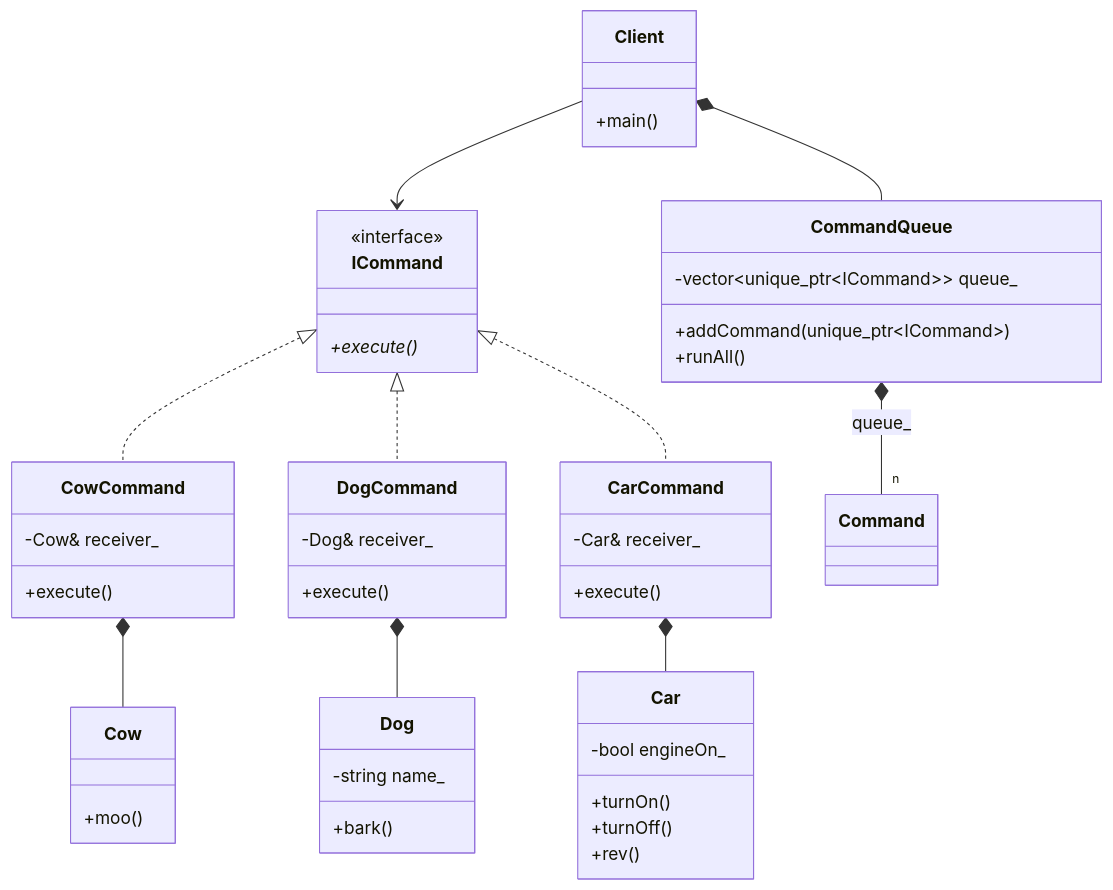
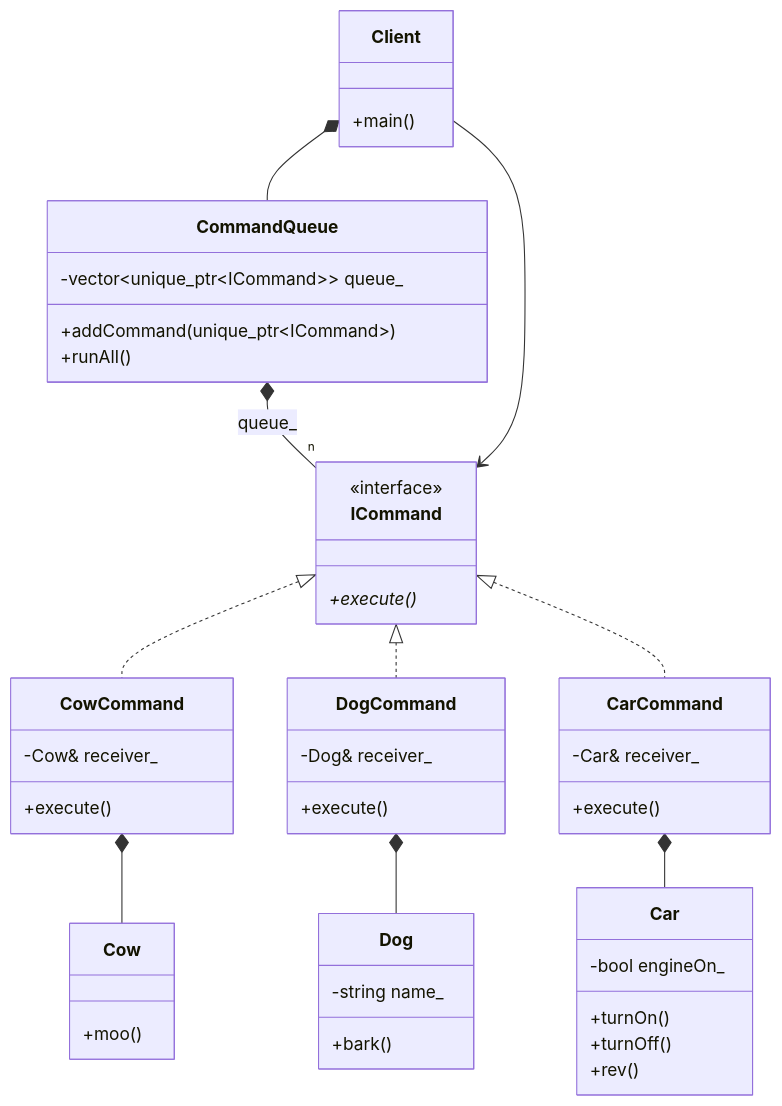
The diagram in 19_Command/01_Command_GoF/README.md (Cichlidfishexigency721/Modern-CPP-Design-Patterns), drawn with Mermaid before and after one commit. The commit also changed 1 other file, not shown here.

Commit message:
UML improvement

````diff
--- a/19_Command/01_Command_GoF/README.md
+++ b/19_Command/01_Command_GoF/README.md
@@ -22,66 +22,66 @@
 ```mermaid
 classDiagram
    class ICommand {
       <<interface>>
       +execute()*
    }
 
    class CowCommand {
       -Cow& receiver_
       +execute()
    }
 
    class DogCommand {
       -Dog& receiver_
       +execute()
    }
 
    class CarCommand {
       -Car& receiver_
       +execute()
    }
 
    class Cow {
       +moo()
    }
 
    class Dog {
       -string name_
       +bark()
    }
 
    class Car {
       -bool engineOn_
       +turnOn()
       +turnOff()
       +rev()
    }
 
    class CommandQueue {
       -vector~unique_ptr~ICommand~~ queue_
       +addCommand(unique_ptr~ICommand~)
       +runAll()
    }
 
    class Client {
       +main()
    }
 
    %% Inheritance (Implements)
    ICommand <|.. CowCommand
    ICommand <|.. DogCommand
    ICommand <|.. CarCommand
 
    %% The CommandQueue owns the commands
    %% Composition (Has_a) - Multiplicity "n" at the end
-   CommandQueue *-- "n" Command : queue_
+   CommandQueue *-- "n" ICommand : queue_
 
    %% Commands depend on their Receivers to do the work
    CowCommand *-- Cow
    DogCommand *-- Dog
    CarCommand *-- Car
 
    %% Client orchestrates everything
    Client *-- CommandQueue
    Client --> ICommand
 ```
````
